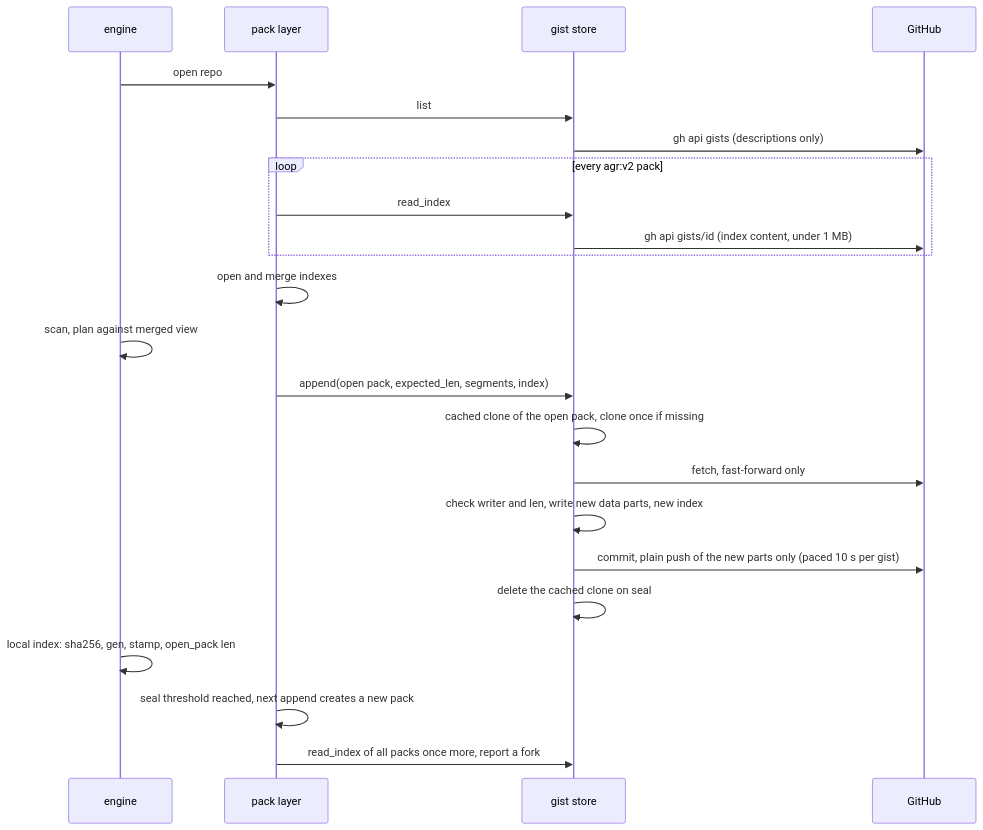
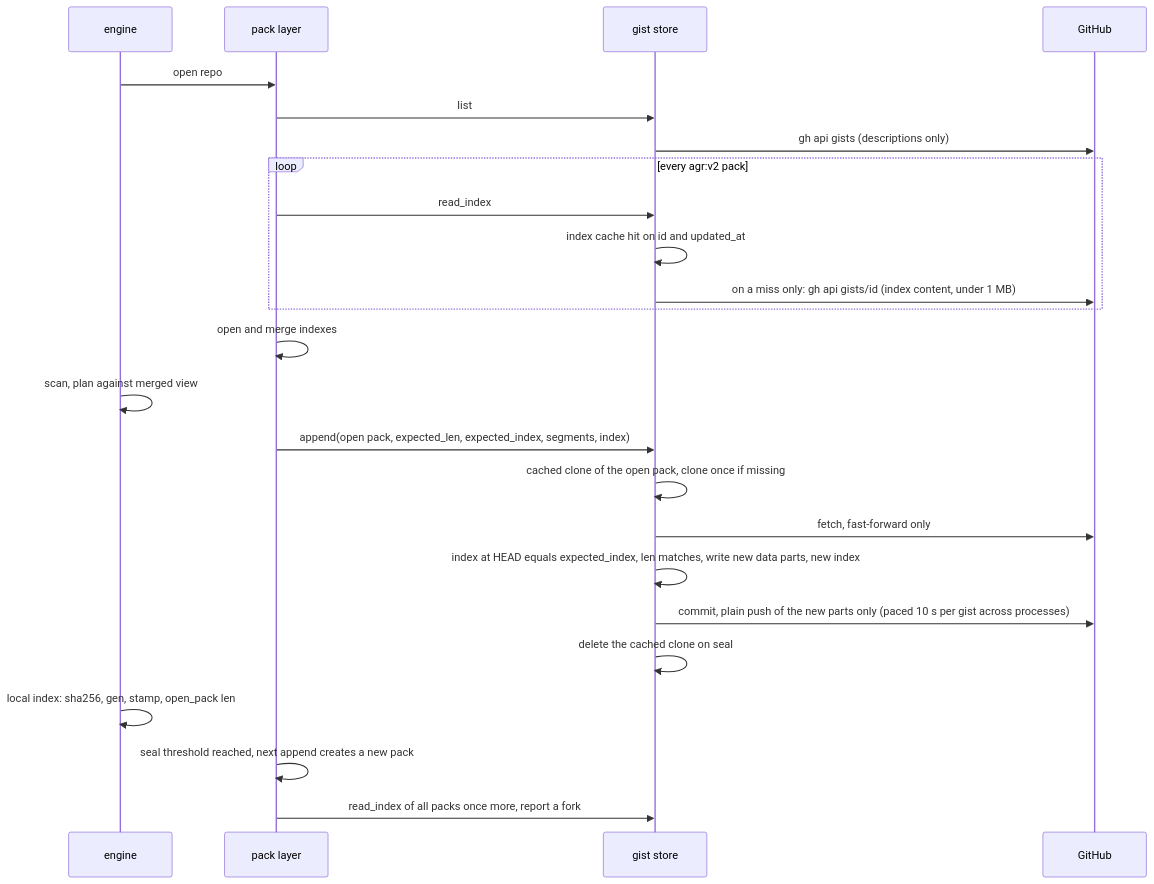
One commit to thiscantbeserious/agent-session-recorder changed the tenth of 11 diagrams in .state/feature-sync-gist/ADR.md. Above: the diagram before and after it, drawn with Mermaid. The commit also changed other lines of this file and 2 other files, not shown here.

First line of the commit message:
docs(docs): pack layer review fixes, index guard, tombstones, migrate first, prune safety, index cache

````diff
--- a/.state/feature-sync-gist/ADR.md
+++ b/.state/feature-sync-gist/ADR.md
@@ -1465,25 +1490,26 @@
 ```mermaid
 sequenceDiagram
     participant E as engine
     participant P as pack layer
     participant S as gist store
     participant G as GitHub
     E->>P: open repo
     P->>S: list
     S->>G: gh api gists (descriptions only)
     loop every agr:v2 pack
         P->>S: read_index
-        S->>G: gh api gists/id (index content, under 1 MB)
+        S->>S: index cache hit on id and updated_at
+        S->>G: on a miss only: gh api gists/id (index content, under 1 MB)
     end
     P->>P: open and merge indexes
     E->>E: scan, plan against merged view
-    P->>S: append(open pack, expected_len, segments, index)
+    P->>S: append(open pack, expected_len, expected_index, segments, index)
     S->>S: cached clone of the open pack, clone once if missing
     S->>G: fetch, fast-forward only
-    S->>S: check writer and len, write new data parts, new index
-    S->>G: commit, plain push of the new parts only (paced 10 s per gist)
+    S->>S: index at HEAD equals expected_index, len matches, write new data parts, new index
+    S->>G: commit, plain push of the new parts only (paced 10 s per gist across processes)
     S->>S: delete the cached clone on seal
     E->>E: local index: sha256, gen, stamp, open_pack len
     P->>P: seal threshold reached, next append creates a new pack
     P->>S: read_index of all packs once more, report a fork
 ```
````
